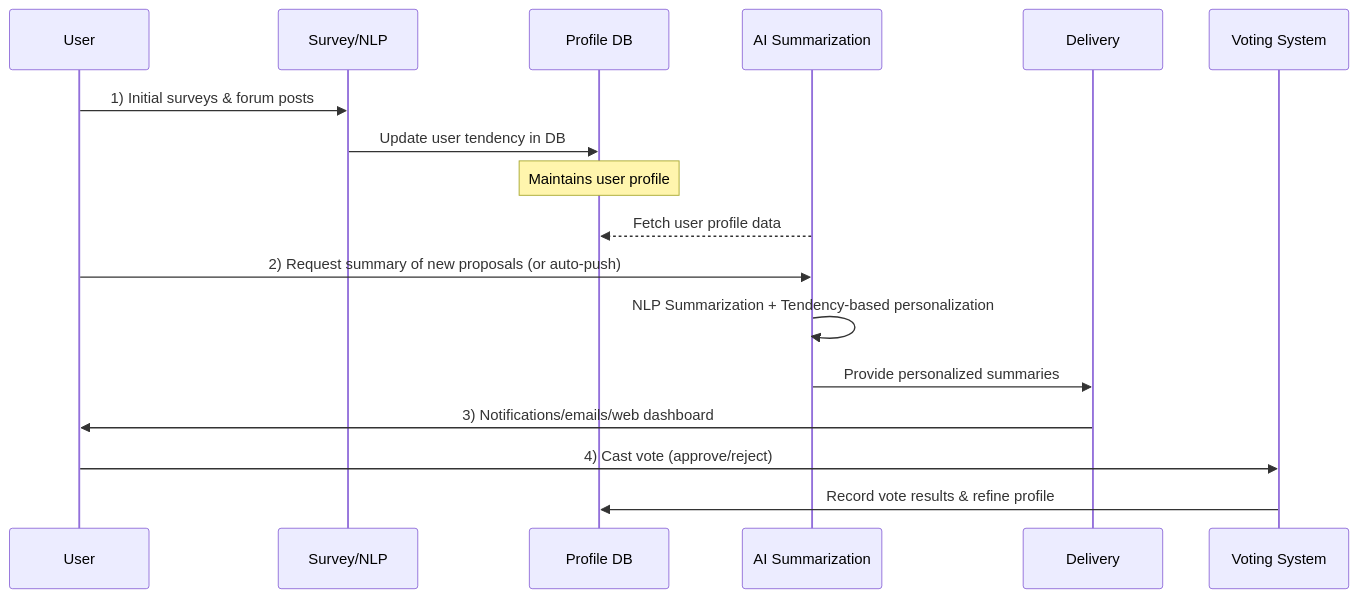
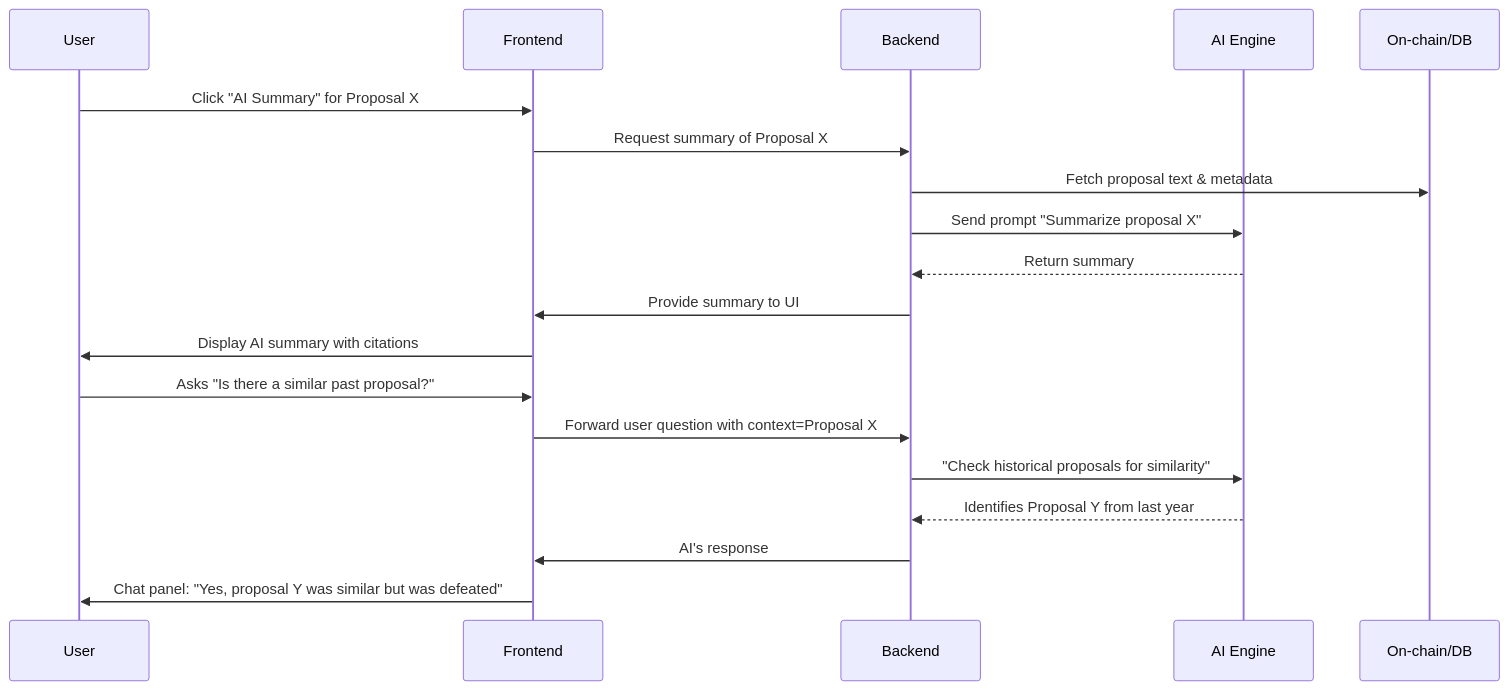
Before and after one commit to mossland/MosslandAI: the second of 3 diagrams in AI-DAO-Summarization/AI_Based_User_Profiling_DAO_Summary_System_EN.md, drawn with Mermaid. The commit also changed other lines of this file, not shown here.

````diff
--- a/AI-DAO-Summarization/AI_Based_User_Profiling_DAO_Summary_System_EN.md
+++ b/AI-DAO-Summarization/AI_Based_User_Profiling_DAO_Summary_System_EN.md
@@ -175,20 +346,23 @@
 ```mermaid
 sequenceDiagram
     participant U as User
-    participant S as Survey/NLP
-    participant P as Profile DB
-    participant AI as AI Summarization
-    participant D as Delivery
-    participant V as Voting System
+    participant UI as Frontend
+    participant BE as Backend
+    participant AI as AI Engine
+    participant BC as On-chain/DB
 
-    U->>S: 1) Initial surveys & forum posts
-    S->>P: Update user tendency in DB
-    Note over P: Maintains user profile
-    AI-->>P: Fetch user profile data
-    U->>AI: 2) Request summary of new proposals (or auto-push)
-    AI->>AI: NLP Summarization + Tendency-based personalization
-    AI->>D: Provide personalized summaries
-    D->>U: 3) Notifications/emails/web dashboard
-    U->>V: 4) Cast vote (approve/reject)
-    V->>P: Record vote results & refine profile
+    U->>UI: Click "AI Summary" for Proposal X
+    UI->>BE: Request summary of Proposal X
+    BE->>BC: Fetch proposal text & metadata
+    BE->>AI: Send prompt "Summarize proposal X"
+    AI-->>BE: Return summary
+    BE->>UI: Provide summary to UI
+    UI->>U: Display AI summary with citations
+
+    U->>UI: Asks "Is there a similar past proposal?"
+    UI->>BE: Forward user question with context=Proposal X
+    BE->>AI: "Check historical proposals for similarity"
+    AI-->>BE: Identifies Proposal Y from last year
+    BE->>UI: AI's response
+    UI->>U: Chat panel: "Yes, proposal Y was similar but was defeated"
 ```
````
